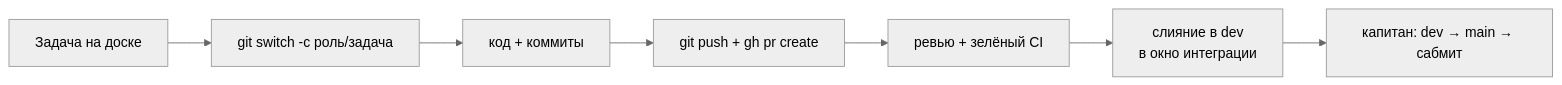
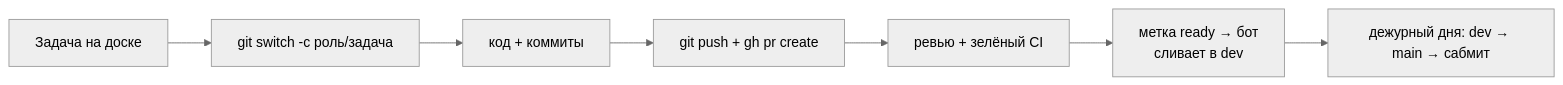
Before and after one commit to alfahack-ilove4fak/alfahack-automl: the diagram in docs/git-guide.md, drawn with Mermaid (neutral theme). The commit also changed other lines of this file and 12 other files, not shown here.

First line of the commit message:
docs: плоская команда — ADR 0009, правила слияния ботом, дежурный дня

````diff
--- a/docs/git-guide.md
+++ b/docs/git-guide.md
@@ -6,9 +6,9 @@
 ```mermaid
 flowchart LR
     A["Задача на доске"] --> B["git switch -c роль/задача"]
     B --> C["код + коммиты"]
     C --> D["git push + gh pr create"]
     D --> E["ревью + зелёный CI"]
-    E --> F["слияние в dev<br/>в окно интеграции"]
-    F --> G["капитан: dev → main → сабмит"]
+    E --> F["метка ready → бот<br/>сливает в dev"]
+    F --> G["дежурный дня: dev → main → сабмит"]
 ```
````
